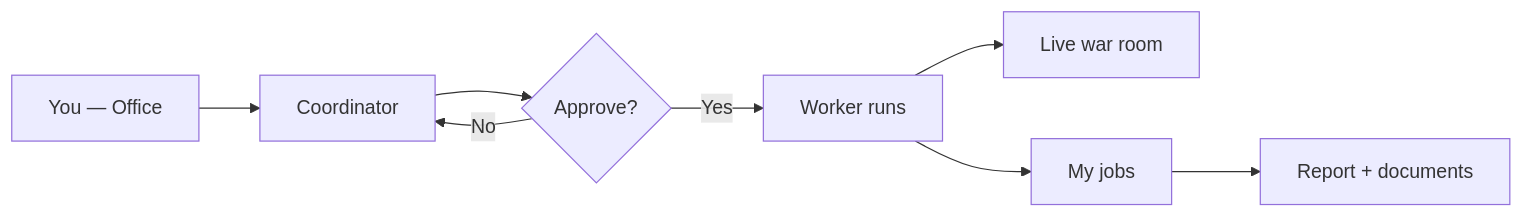
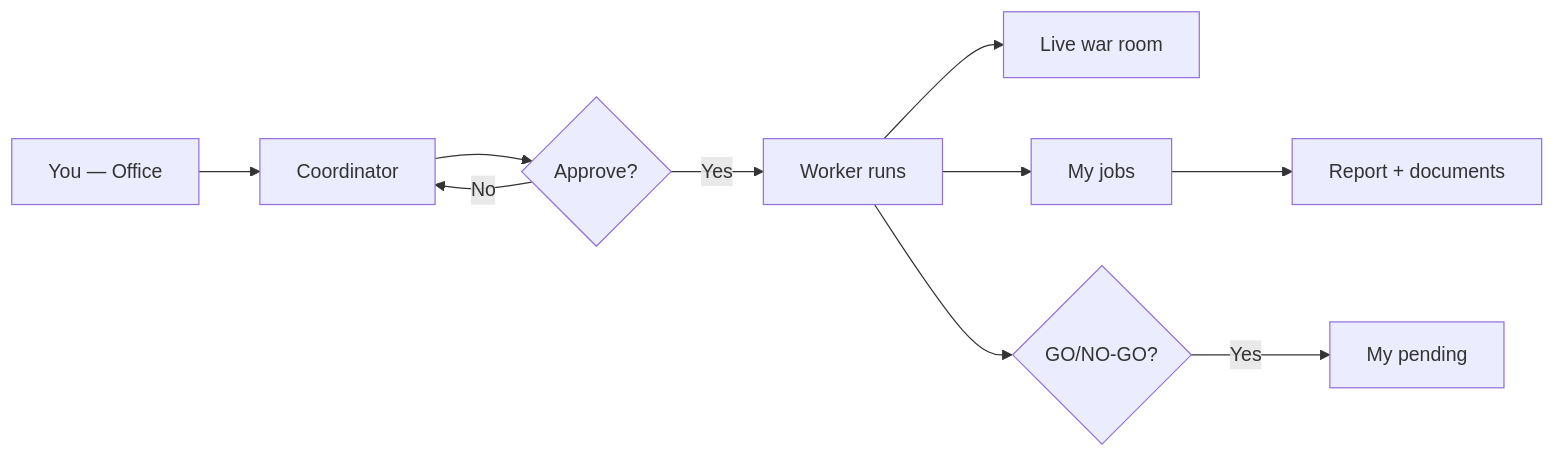
Before and after one commit to kreodevs/ia-company: the first of 2 diagrams in frontend/src/content/help/guia-oficina.en.md, drawn with Mermaid. The commit also changed other lines of this file and 26 other files, not shown here.

````diff
--- a/frontend/src/content/help/guia-oficina.en.md
+++ b/frontend/src/content/help/guia-oficina.en.md
@@ -23,10 +27,12 @@
 ```mermaid
 flowchart LR
   A[You — Office] --> B[Coordinator]
   B --> C{Approve?}
   C -->|Yes| D[Worker runs]
   C -->|No| B
   D --> E[Live war room]
   D --> F[My jobs]
   F --> G[Report + documents]
+  D --> H{GO/NO-GO?}
+  H -->|Yes| I[My pending]
 ```
````
